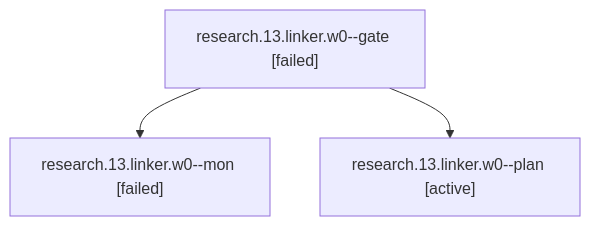
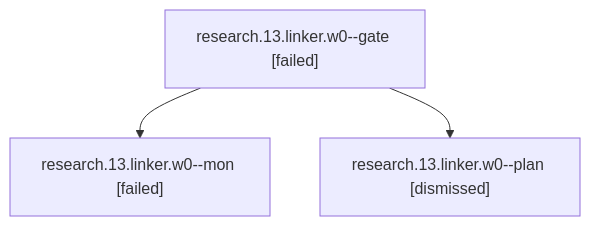
One commit to sase-org/sase--agents changed the diagram in sessions/bbugyi200.apollo.research.13.linker.w0.md. Above: the diagram before and after it, drawn with Mermaid. The commit also changed other lines of this file and 822 other files, not shown here.

````diff
--- a/sessions/bbugyi200.apollo.research.13.linker.w0.md
+++ b/sessions/bbugyi200.apollo.research.13.linker.w0.md
@@ -9,8 +9,8 @@
 ```mermaid
 flowchart TD
   n0["research.13.linker.w0--gate [failed]"]
   n1["research.13.linker.w0--mon [failed]"]
   n0 --> n1
-  n2["research.13.linker.w0--plan [active]"]
+  n2["research.13.linker.w0--plan [dismissed]"]
   n0 --> n2
 ```
````
